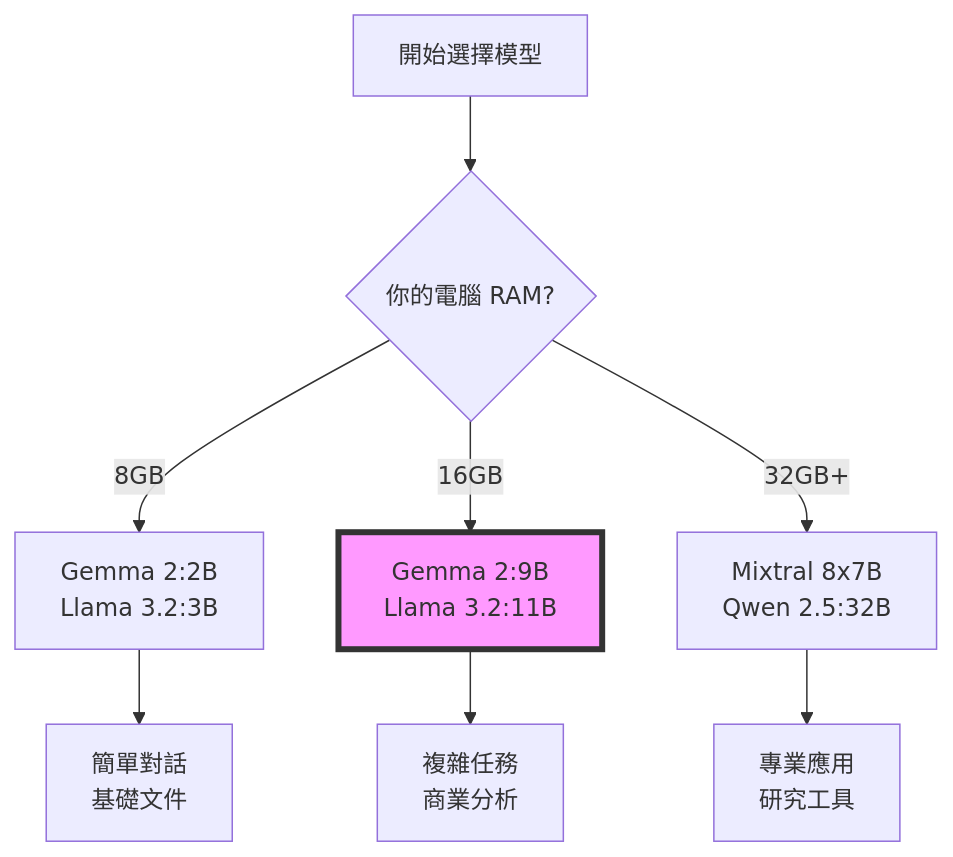
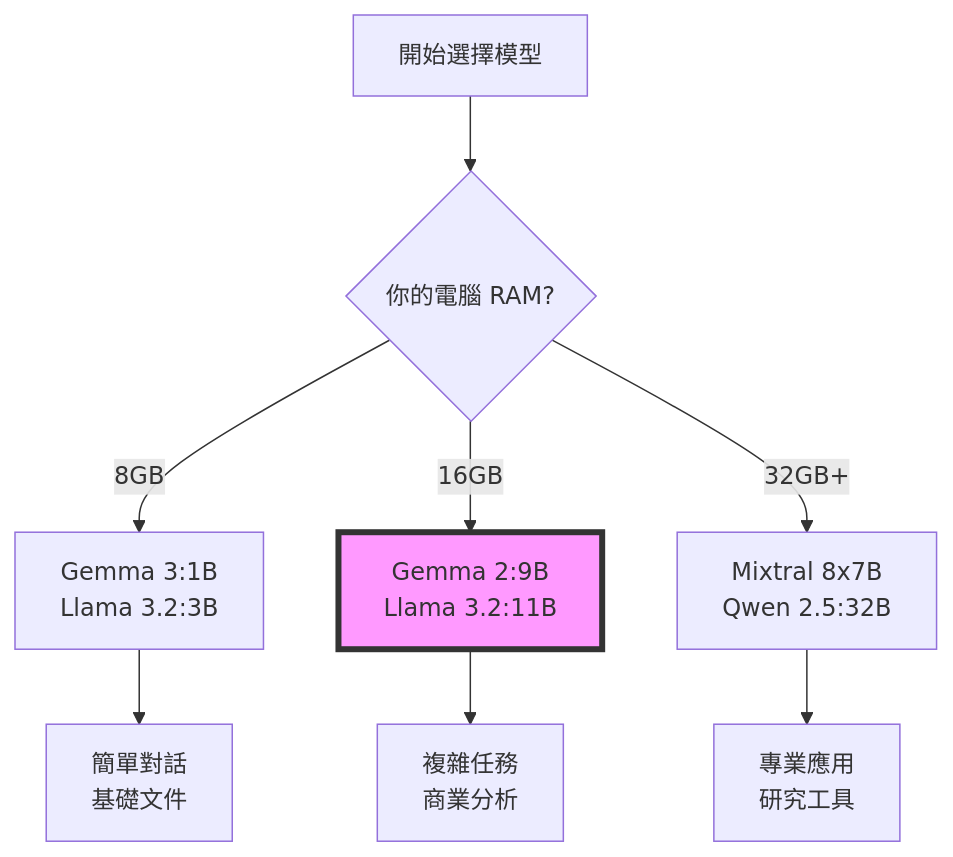
One commit to lzrong0203/ncu_bm_llm_2025F changed the diagram in docs/model_recommendations_2025F.md. Above: the diagram before and after it, drawn with Mermaid. The commit also changed other lines of this file and 4 other files, not shown here.

````diff
--- a/docs/model_recommendations_2025F.md
+++ b/docs/model_recommendations_2025F.md
@@ -7,13 +7,13 @@
 ```mermaid
 graph TD
     A[開始選擇模型] --> B{你的電腦 RAM?}
-    B -->|8GB| C[Gemma 2:2B<br/>Llama 3.2:3B]
+    B -->|8GB| C[Gemma 3:1B<br/>Llama 3.2:3B]
     B -->|16GB| D[Gemma 2:9B<br/>Llama 3.2:11B]
     B -->|32GB+| E[Mixtral 8x7B<br/>Qwen 2.5:32B]
     
     C --> F[簡單對話<br/>基礎文件]
     D --> G[複雜任務<br/>商業分析]
     E --> H[專業應用<br/>研究工具]
     
     style D fill:#f9f,stroke:#333,stroke-width:4px
 ```
````
